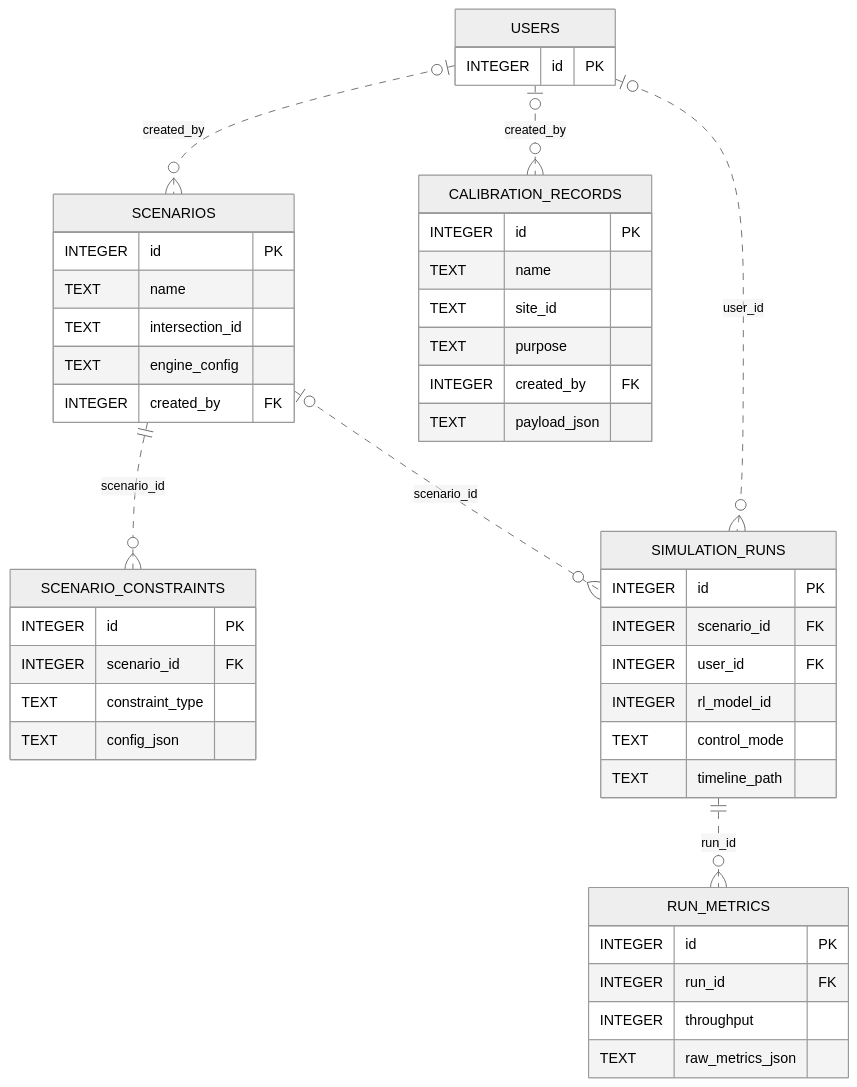
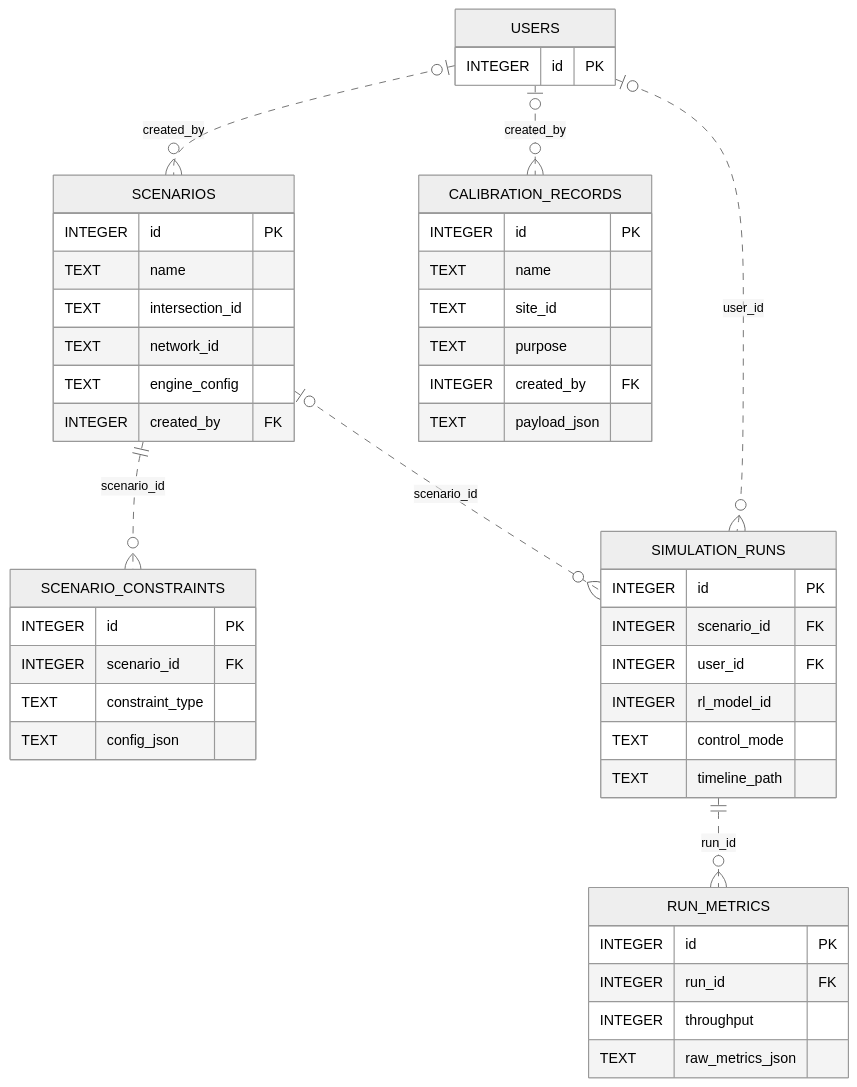
The eighth of 11 diagrams in docs/reviews/MANUSCRIPT_REVISION_GUIDE_2026-10-08.md (JohnfelAnthony/Capstone-SmartFlow), drawn with Mermaid (neutral theme) before and after one commit. The commit also changed other lines of this file and 108 other files, not shown here.

````diff
--- a/docs/reviews/MANUSCRIPT_REVISION_GUIDE_2026-10-08.md
+++ b/docs/reviews/MANUSCRIPT_REVISION_GUIDE_2026-10-08.md
@@ -394,47 +399,48 @@
 ```mermaid
 erDiagram
     USERS |o..o{ SCENARIOS : created_by
     SCENARIOS ||..o{ SCENARIO_CONSTRAINTS : scenario_id
     SCENARIOS |o..o{ SIMULATION_RUNS : scenario_id
     USERS |o..o{ SIMULATION_RUNS : user_id
     SIMULATION_RUNS ||..o{ RUN_METRICS : run_id
     USERS |o..o{ CALIBRATION_RECORDS : created_by
     USERS {
         INTEGER id PK
     }
     SCENARIOS {
         INTEGER id PK
         TEXT name
         TEXT intersection_id
+        TEXT network_id
         TEXT engine_config
         INTEGER created_by FK
     }
     SCENARIO_CONSTRAINTS {
         INTEGER id PK
         INTEGER scenario_id FK
         TEXT constraint_type
         TEXT config_json
     }
     SIMULATION_RUNS {
         INTEGER id PK
         INTEGER scenario_id FK
         INTEGER user_id FK
         INTEGER rl_model_id
         TEXT control_mode
         TEXT timeline_path
     }
     RUN_METRICS {
         INTEGER id PK
         INTEGER run_id FK
         INTEGER throughput
         TEXT raw_metrics_json
     }
     CALIBRATION_RECORDS {
         INTEGER id PK
         TEXT name
         TEXT site_id
         TEXT purpose
         INTEGER created_by FK
         TEXT payload_json
     }
 ```
````
